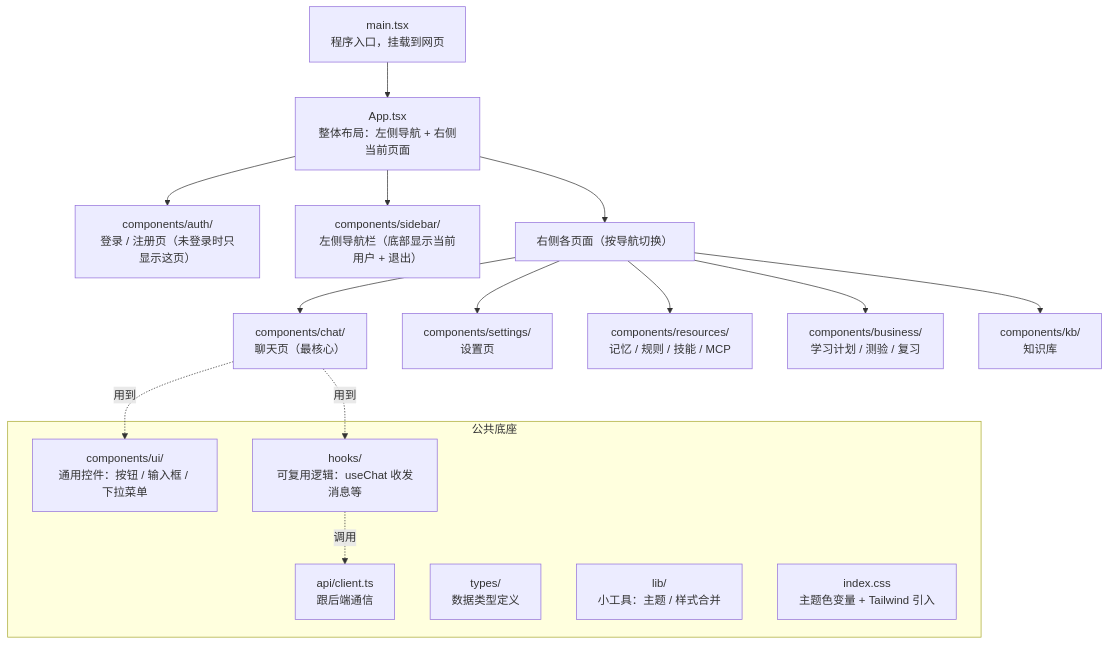
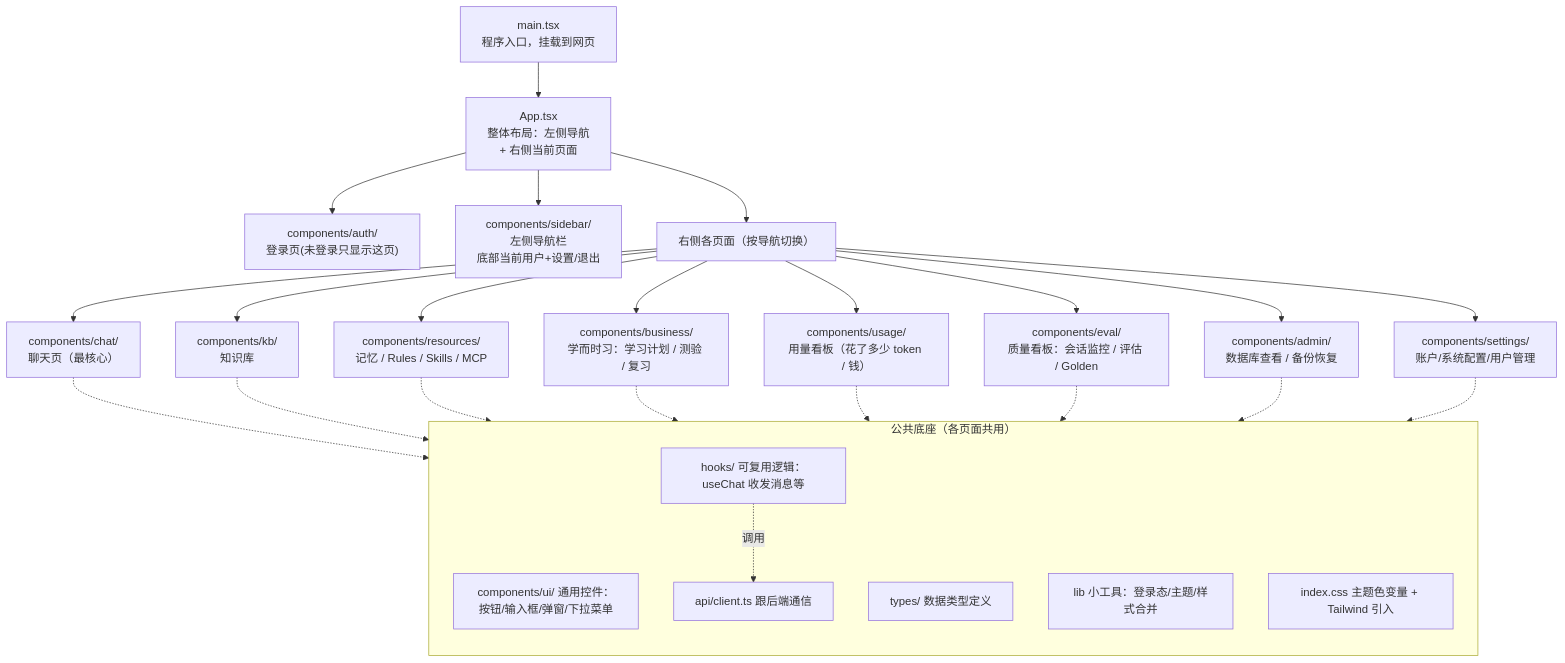
One commit to michaelwangzhenan/AgentA changed the first of 7 diagrams in docs/code.md. Above: the diagram before and after it, drawn with Mermaid. The commit also changed other lines of this file and 4 other files, not shown here.

````diff
--- a/docs/code.md
+++ b/docs/code.md
@@ -491,26 +495,36 @@
 ```mermaid
 graph TD
-    main["main.tsx<br/>程序入口，挂载到网页"] --> App["App.tsx<br/>整体布局：左侧导航 + 右侧当前页面"]
-    App --> auth["components/auth/<br/>登录 / 注册页（未登录时只显示这页）"]
-    App --> Sidebar["components/sidebar/<br/>左侧导航栏（底部显示当前用户 + 退出）"]
+    main["main.tsx<br/>程序入口，挂载到网页"] --> App["App.tsx<br/>整体布局：左侧导航<br/> + 右侧当前页面"]
+    App --> auth["components/auth/<br/>登录页(未登录只显示这页)"]
+    App --> Sidebar["components/sidebar/<br/>左侧导航栏<br/> 底部当前用户+设置/退出"]
     App --> Views["右侧各页面（按导航切换）"]
 
     Views --> chat["components/chat/<br/>聊天页（最核心）"]
-    Views --> settings["components/settings/<br/>设置页"]
-    Views --> resources["components/resources/<br/>记忆 / 规则 / 技能 / MCP"]
-    Views --> business["components/business/<br/>学习计划 / 测验 / 复习"]
     Views --> kb["components/kb/<br/>知识库"]
+    Views --> resources["components/resources/<br/>记忆 / Rules / Skills / MCP"]
+    Views --> business["components/business/<br/>学而时习：学习计划 / 测验 / 复习"]
+    Views --> usage["components/usage/<br/>用量看板（花了多少 token / 钱）"]
+    Views --> evalv["components/eval/<br/>质量看板：会话监控 / 评估 / Golden"]
+    Views --> admin["components/admin/<br/>数据库查看 / 备份恢复"]
+    Views --> settings["components/settings/<br/>账户/系统配置/用户管理"]
 
-    subgraph 公共底座
-      ui["components/ui/<br/>通用控件：按钮 / 输入框 / 下拉菜单"]
-      hooks["hooks/<br/>可复用逻辑：useChat 收发消息等"]
-      api["api/client.ts<br/>跟后端通信"]
-      types["types/<br/>数据类型定义"]
-      lib["lib/<br/>小工具：主题 / 样式合并"]
-      css["index.css<br/>主题色变量 + Tailwind 引入"]
+    chat -.-> base
+    kb -.-> base
+    resources -.-> base
+    business -.-> base
+    usage -.-> base
+    evalv -.-> base
+    admin -.-> base
+    settings -.-> base
+
+    subgraph base["公共底座（各页面共用）"]
+      direction TB
+      ui["components/ui/ 通用控件：按钮/输入框/弹窗/下拉菜单"]
+      hooks["hooks/ 可复用逻辑：useChat 收发消息等"]
+      api["api/client.ts 跟后端通信"]
+      types["types/ 数据类型定义"]
+      lib["lib 小工具：登录态/主题/样式合并"]
+      css["index.css 主题色变量 + Tailwind 引入"]
+      hooks -.调用.-> api
     end
-
-    chat -.用到.-> ui
-    chat -.用到.-> hooks
-    hooks -.调用.-> api
 ```
````
